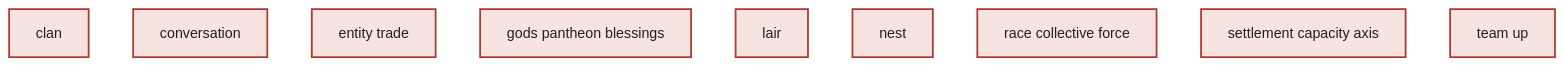
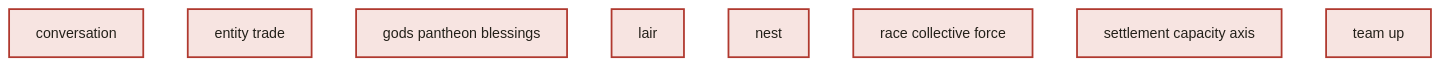
The diagram in docs/brainstorm/mechanism_priority_view.md (ttnhan18062000/rpg-based-simulation), drawn with Mermaid before and after one commit. The commit also changed other lines of this file and 13 other files, not shown here.

````diff
--- a/docs/brainstorm/mechanism_priority_view.md
+++ b/docs/brainstorm/mechanism_priority_view.md
@@ -30,20 +29,19 @@
 ```mermaid
 flowchart BT
     classDef done fill:#e4efe6,stroke:#3f7d5c,stroke-width:2px,color:#232019
     classDef partial fill:#fdf3d8,stroke:#b8860b,stroke-width:2px,color:#232019
     classDef gap fill:#f7e4e1,stroke:#b0392f,stroke-width:2px,color:#232019
     classDef orphan fill:#f7e4e1,stroke:#b0392f,stroke-width:2px,stroke-dasharray: 2 2,color:#232019
     classDef gated fill:#f7ecd2,stroke:#9a6b0c,stroke-width:2px,stroke-dasharray: 3 3,color:#232019
     classDef skeleton fill:#eee,stroke:#888,stroke-width:1px,stroke-dasharray: 1 3,color:#232019
 
-    clan["clan"]:::gap
     conversation["conversation"]:::gap
     entity_trade["entity trade"]:::gap
     gods_pantheon_blessings["gods pantheon blessings"]:::gap
     lair["lair"]:::gap
     nest["nest"]:::gap
     race_collective_force["race collective force"]:::gap
     settlement_capacity_axis["settlement capacity axis"]:::gap
     team_up["team up"]:::gap
 
 ```
````
